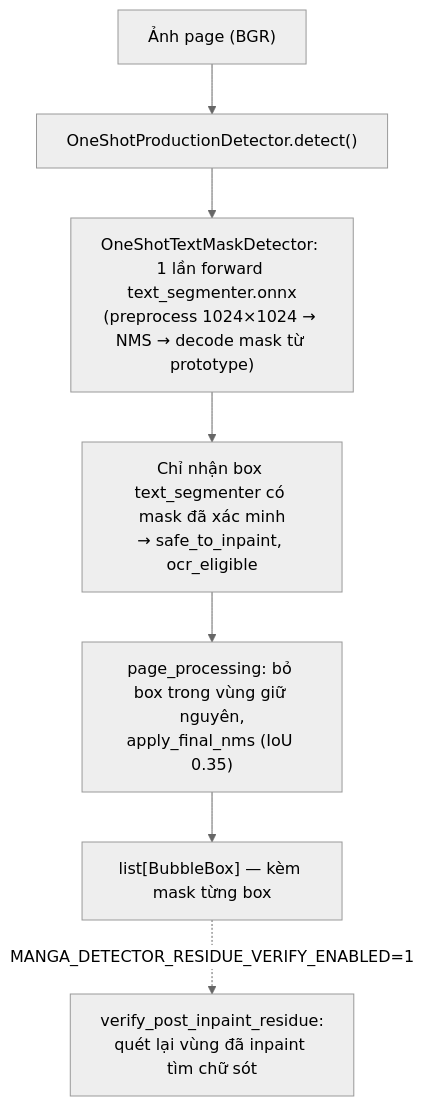
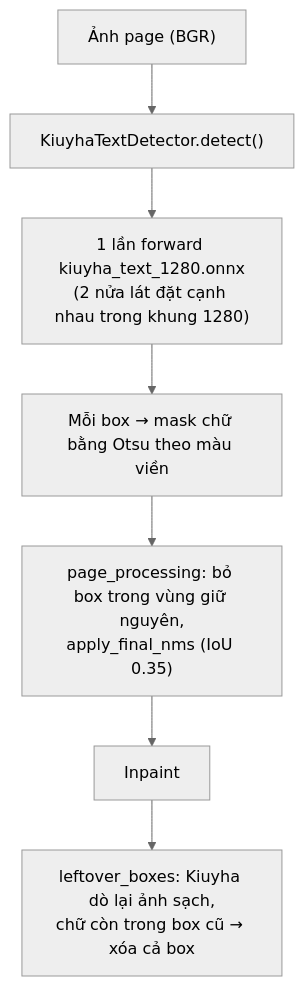
Before and after one commit to tuantran00541-spec/manga-translator: the sixth of 12 diagrams in docs/ARCHITECTURE.md, drawn with Mermaid (neutral theme). The commit also changed other lines of this file and 116 other files, not shown here.

First line of the commit message:
feat: Kiuyha text detection, A.I mode repair, cloud gateway, and project cleanup

````diff
--- a/docs/ARCHITECTURE.md
+++ b/docs/ARCHITECTURE.md
@@ -177,9 +177,9 @@
 ```mermaid
 flowchart TD
-    A["Ảnh page (BGR)"] --> B["OneShotProductionDetector.detect()"]
-    B --> C["OneShotTextMaskDetector: 1 lần forward text_segmenter.onnx<br/>(preprocess 1024×1024 → NMS → decode mask từ prototype)"]
-    C --> D["Chỉ nhận box text_segmenter có mask đã xác minh<br/>→ safe_to_inpaint, ocr_eligible"]
+    A["Ảnh page (BGR)"] --> B["KiuyhaTextDetector.detect()"]
+    B --> C["1 lần forward kiuyha_text_1280.onnx<br/>(2 nửa lát đặt cạnh nhau trong khung 1280)"]
+    C --> D["Mỗi box → mask chữ bằng Otsu theo màu viền"]
     D --> E["page_processing: bỏ box trong vùng giữ nguyên,<br/>apply_final_nms (IoU 0.35)"]
-    E --> F["list[BubbleBox] — kèm mask từng box"]
-    F -.->|"MANGA_DETECTOR_RESIDUE_VERIFY_ENABLED=1"| G["verify_post_inpaint_residue:<br/>quét lại vùng đã inpaint tìm chữ sót"]
+    E --> F["Inpaint"]
+    F --> G["leftover_boxes: Kiuyha dò lại ảnh sạch,<br/>chữ còn trong box cũ → xóa cả box"]
 ```
````
